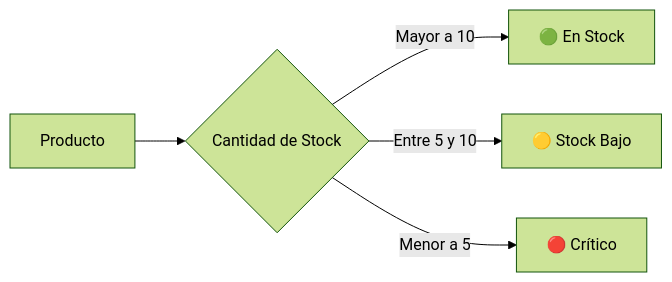
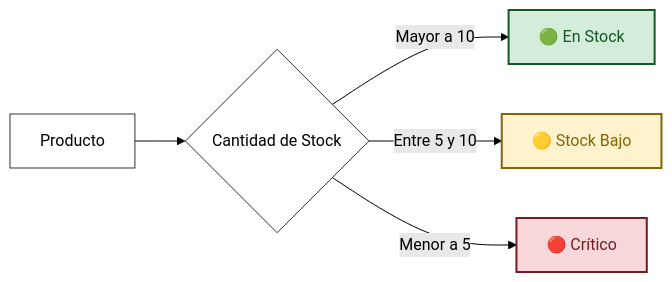
One commit to SteepCraft/melkar changed the second of 5 diagrams in README.md. Above: the diagram before and after it, drawn with Mermaid (forest theme). The commit also changed other lines of this file, not shown here.

Commit message:
Enhance Mermaid diagrams with additional styling and structure for better clarity

````diff
--- a/README.md
+++ b/README.md
@@ -69,7 +74,17 @@
   ```mermaid
   graph LR
+      classDef default fill:#fff,stroke:#333,stroke-width:1px,color:#000;
+      classDef green fill:#d4edda,stroke:#155724,stroke-width:2px,color:#155724;
+      classDef yellow fill:#fff3cd,stroke:#856404,stroke-width:2px,color:#856404;
+      classDef red fill:#f8d7da,stroke:#721c24,stroke-width:2px,color:#721c24;
+
       A[Producto] --> B{Cantidad de Stock}
       B -- Mayor a 10 --> C[🟢 En Stock]
       B -- Entre 5 y 10 --> D[🟡 Stock Bajo]
       B -- Menor a 5 --> E[🔴 Crítico]
+
+      class A,B default;
+      class C green;
+      class D yellow;
+      class E red;
   ```
````
